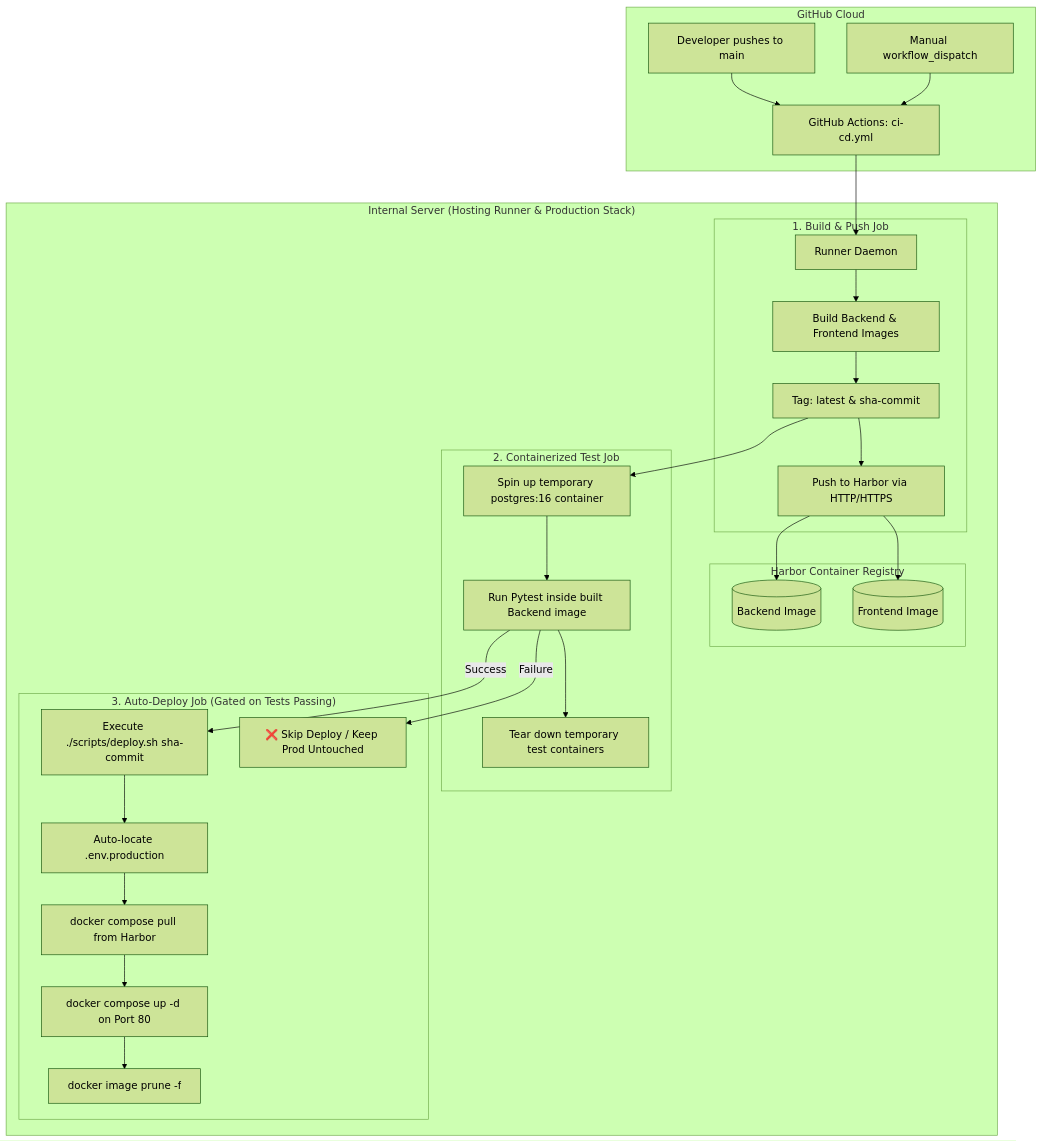
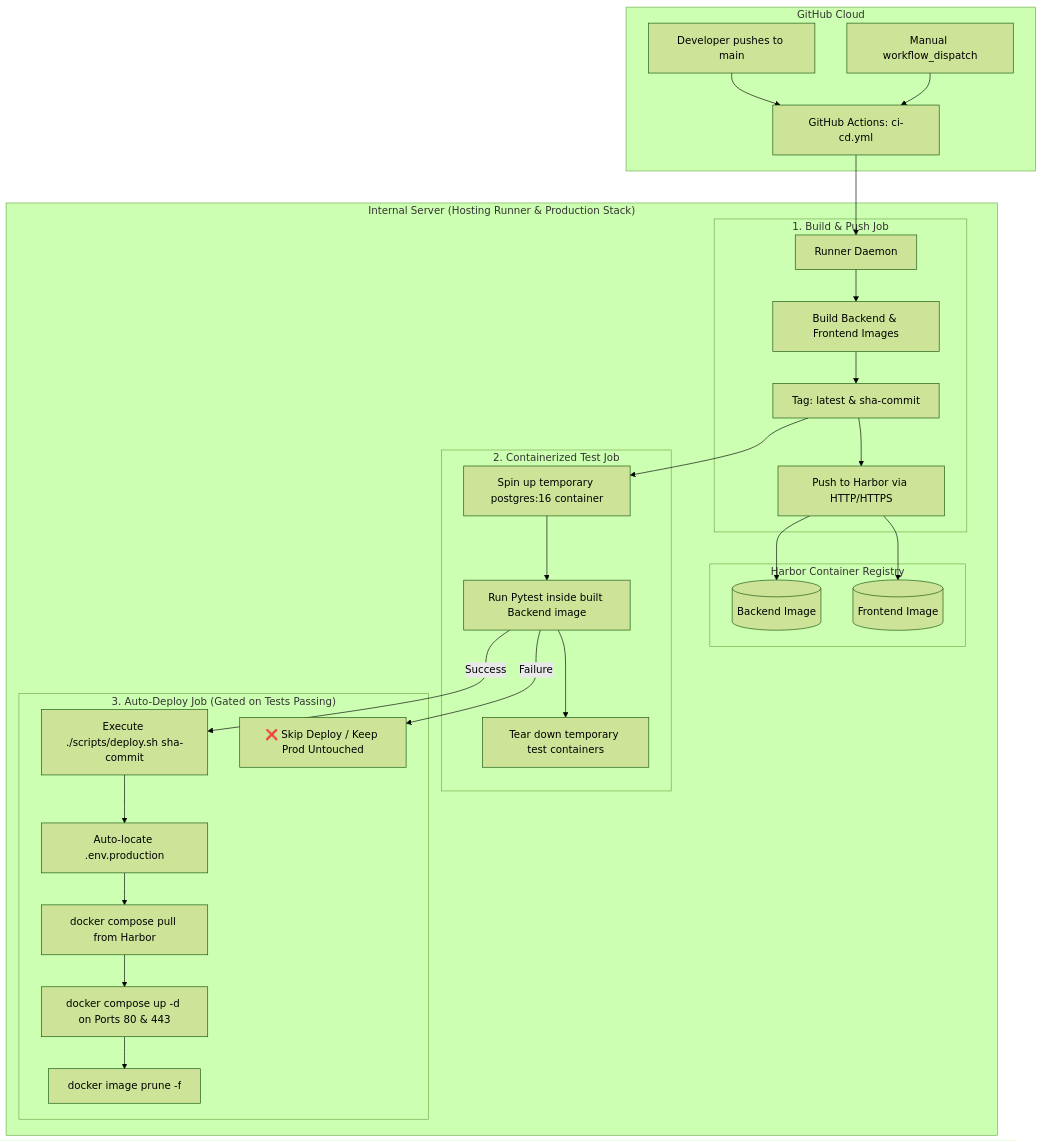
One commit to kimsrung/nb_vul_dashboard changed the diagram in docs/CI_CD_DEPLOYMENT.md. Above: the diagram before and after it, drawn with Mermaid (forest theme). The commit also changed 12 other files, not shown here.

````diff
--- a/docs/CI_CD_DEPLOYMENT.md
+++ b/docs/CI_CD_DEPLOYMENT.md
@@ -9,36 +9,36 @@
 ```mermaid
 flowchart TD
     subgraph GitHub["GitHub Cloud"]
         A[Developer pushes to main] --> B[GitHub Actions: ci-cd.yml]
         M[Manual workflow_dispatch] --> B
     end
 
     subgraph InternalServer["Internal Server (Hosting Runner & Production Stack)"]
         subgraph Stage1["1. Build & Push Job"]
             B --> C[Runner Daemon]
             C --> D[Build Backend & Frontend Images]
             D --> E[Tag: latest & sha-commit]
             E --> F[Push to Harbor via HTTP/HTTPS]
         end
 
         subgraph Harbor["Harbor Container Registry"]
             F --> H[(Backend Image)]
             F --> I[(Frontend Image)]
         end
 
         subgraph Stage2["2. Containerized Test Job"]
             E --> J[Spin up temporary postgres:16 container]
             J --> K[Run Pytest inside built Backend image]
             K --> L[Tear down temporary test containers]
         end
 
         subgraph Stage3["3. Auto-Deploy Job (Gated on Tests Passing)"]
             K -->|Success| N[Execute ./scripts/deploy.sh sha-commit]
             K -->|Failure| O[❌ Skip Deploy / Keep Prod Untouched]
             N --> P[Auto-locate .env.production]
             P --> Q[docker compose pull from Harbor]
-            Q --> R[docker compose up -d on Port 80]
+            Q --> R[docker compose up -d on Ports 80 & 443]
             R --> S[docker image prune -f]
         end
     end
 ```
````
